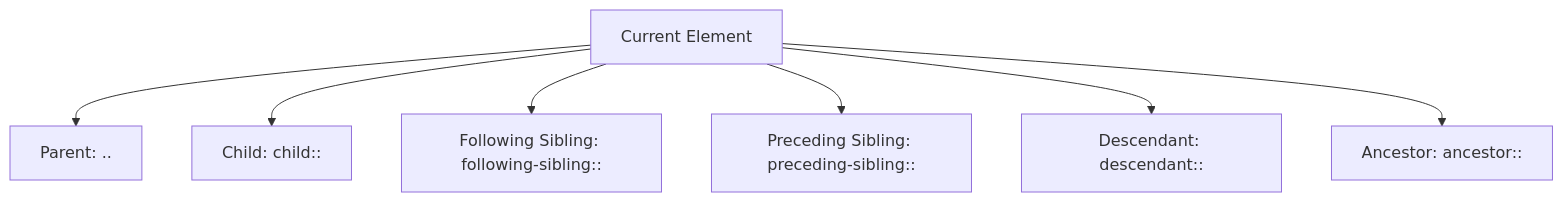
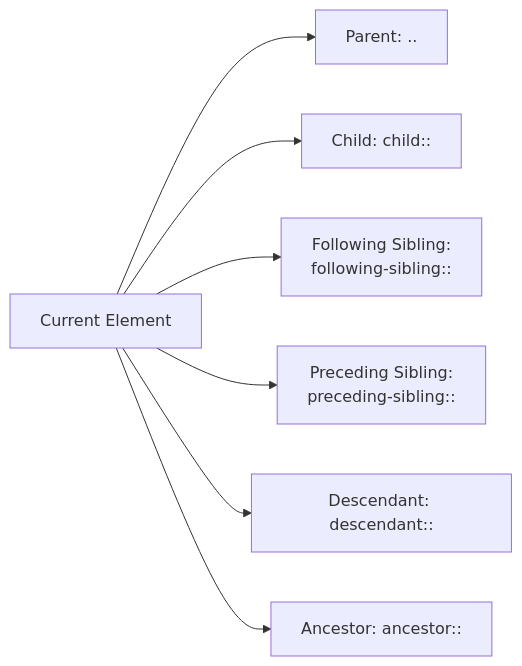
One commit to bytetunnels/bytetunnels.github.com changed the second of 3 diagrams in _posts/2025-05-03-xpath-basics-navigating-web-pages-like-map.md. Above: the diagram before and after it, drawn with Mermaid. The commit also changed 118 other files, not shown here.

Commit message:
feat: improve diagram styling and compact wide flowcharts

````diff
--- a/_posts/2025-05-03-xpath-basics-navigating-web-pages-like-map.md
+++ b/_posts/2025-05-03-xpath-basics-navigating-web-pages-like-map.md
@@ -127,11 +127,11 @@
 ```mermaid
-graph TD
+graph LR
     A[Current Element]
 
     A --> B["Parent: .."]
     A --> C["Child: child::"]
-    A --> D["Following Sibling: following-sibling::"]
-    A --> E["Preceding Sibling: preceding-sibling::"]
+    A --> D["Following Sibling:<br/>following-sibling::"]
+    A --> E["Preceding Sibling:<br/>preceding-sibling::"]
     A --> F["Descendant: descendant::"]
     A --> G["Ancestor: ancestor::"]
 ```
````
